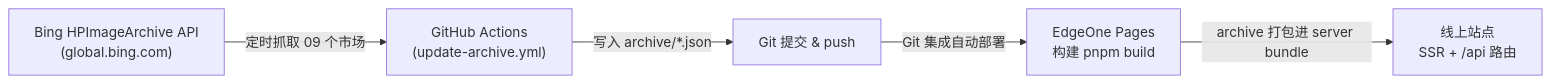
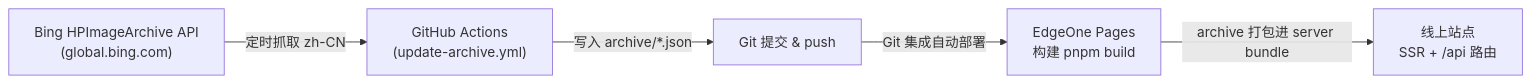
Before and after one commit to wujinpai/bingwallpaper: the diagram in README.md, drawn with Mermaid. The commit also changed other lines of this file and 489 other files, not shown here.

````diff
--- a/README.md
+++ b/README.md
@@ -18,7 +17,7 @@
 ```mermaid
 flowchart LR
-  A["Bing HPImageArchive API<br/>(global.bing.com)"] -->|定时抓取 09 个市场| B["GitHub Actions<br/>(update-archive.yml)"]
+  A["Bing HPImageArchive API<br/>(global.bing.com)"] -->|定时抓取 zh-CN| B["GitHub Actions<br/>(update-archive.yml)"]
   B -->|写入 archive/*.json| C["Git 提交 & push"]
   C -->|Git 集成自动部署| D["EdgeOne Pages<br/>构建 pnpm build"]
   D -->|archive 打包进 server bundle| E["线上站点<br/>SSR + /api 路由"]
 ```
````
